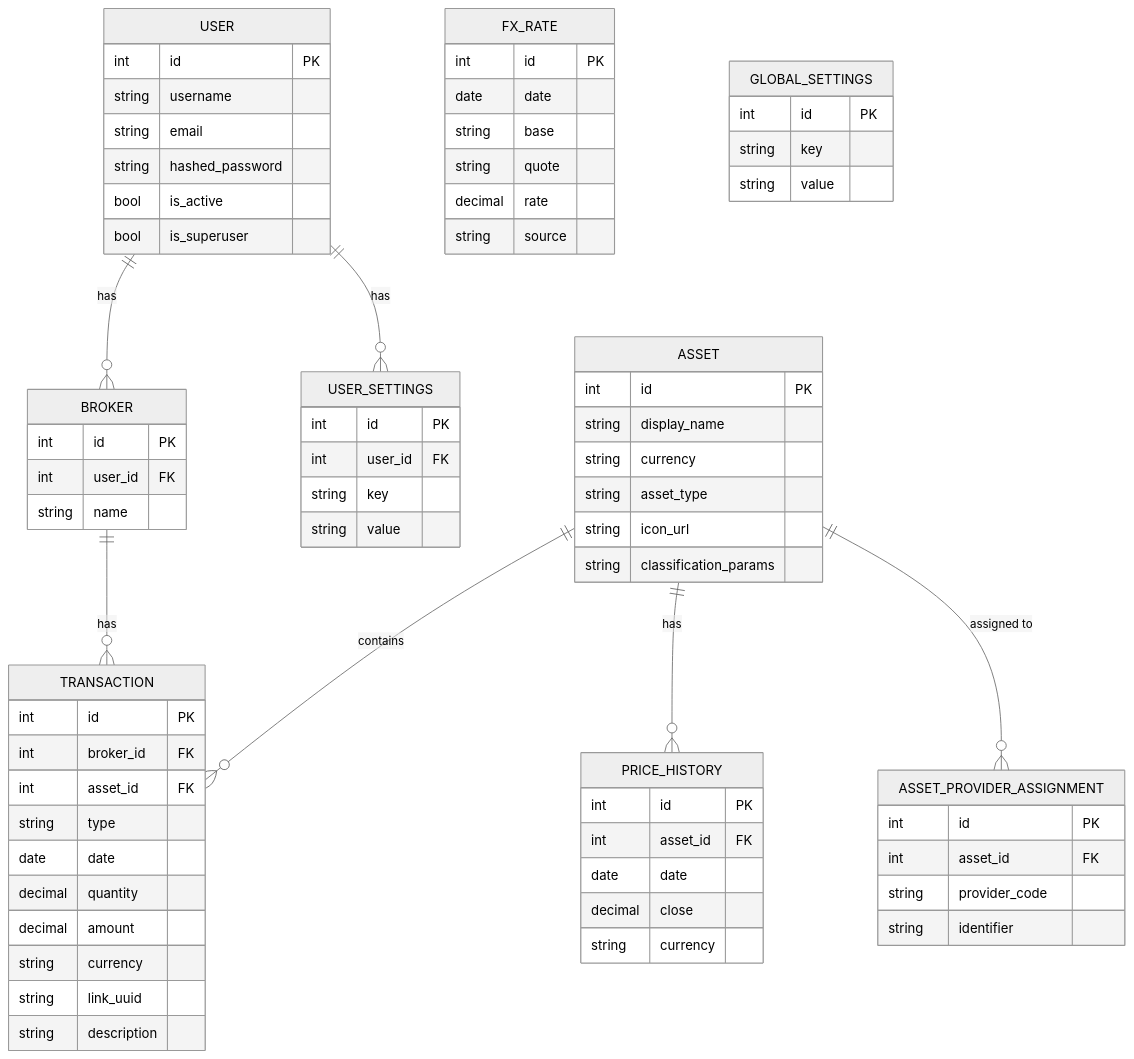
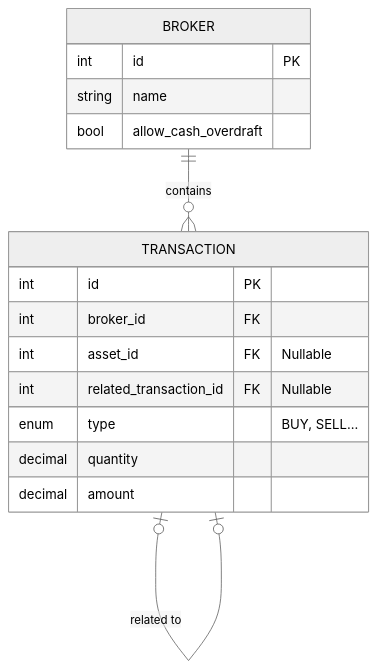
The third of 5 diagrams in mkdocs_src/docs/developer/architecture/database.md (Librefolio/LibreFolio), drawn with Mermaid (neutral theme) before and after one commit. The commit also changed other lines of this file and 16 other files, not shown here.

````diff
--- a/mkdocs_src/docs/developer/architecture/database.md
+++ b/mkdocs_src/docs/developer/architecture/database.md
@@ -7,94 +66,21 @@
 ```mermaid
 erDiagram
-    %% User & Auth Subsystem
-    USER ||--o{ BROKER : "has"
-    USER ||--o{ USER_SETTINGS : "has"
-    
-    %% Broker & Transactions
-    BROKER ||--o{ TRANSACTION : "has"
-    
-    %% Asset Management
-    ASSET ||--o{ TRANSACTION : "contains"
-    ASSET ||--o{ PRICE_HISTORY : "has"
-    ASSET ||--o{ ASSET_PROVIDER_ASSIGNMENT : "assigned to"
-    
-    %% FX Subsystem
-    FX_RATE
-
-    %% Settings
-    GLOBAL_SETTINGS
-
-    USER {
-        int id PK
-        string username
-        string email
-        string hashed_password
-        bool is_active
-        bool is_superuser
-    }
+    BROKER ||--o{ TRANSACTION : "contains"
+    TRANSACTION |o--o| TRANSACTION : "related to"
 
     BROKER {
         int id PK
-        int user_id FK
         string name
+        bool allow_cash_overdraft
     }
 
     TRANSACTION {
         int id PK
         int broker_id FK
-        int asset_id FK
-        string type
-        date date
+        int asset_id FK "Nullable"
+        int related_transaction_id FK "Nullable"
+        enum type "BUY, SELL..."
         decimal quantity
         decimal amount
-        string currency
-        string link_uuid
-        string description
-    }
-
-    ASSET {
-        int id PK
-        string display_name
-        string currency
-        string asset_type
-        string icon_url
-        string classification_params
-    }
-
-    PRICE_HISTORY {
-        int id PK
-        int asset_id FK
-        date date
-        decimal close
-        string currency
-    }
-
-    FX_RATE {
-        int id PK
-        date date
-        string base
-        string quote
-        decimal rate
-        string source
-    }
-
-    USER_SETTINGS {
-        int id PK
-        int user_id FK
-        string key
-        string value
-    }
-    
-    GLOBAL_SETTINGS {
-        int id PK
-        string key
-        string value
-    }
-
-    ASSET_PROVIDER_ASSIGNMENT {
-        int id PK
-        int asset_id FK
-        string provider_code
-        string identifier
     }
 ```
````
